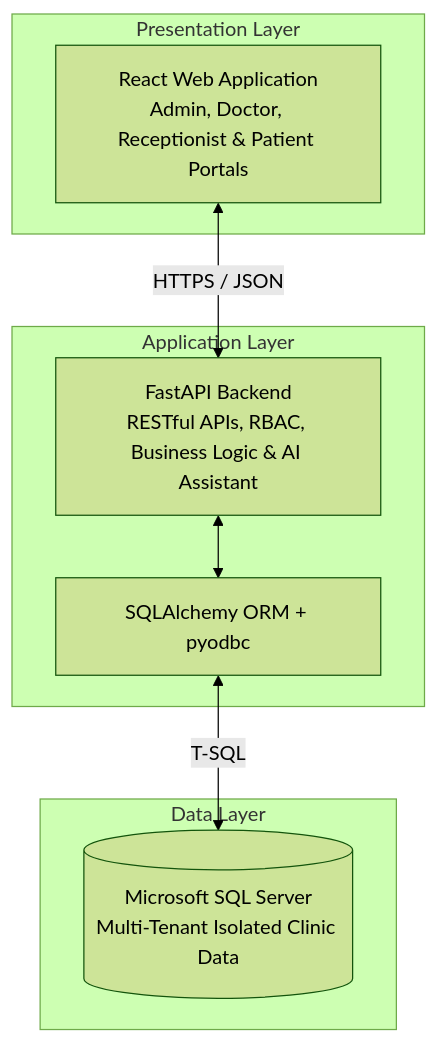
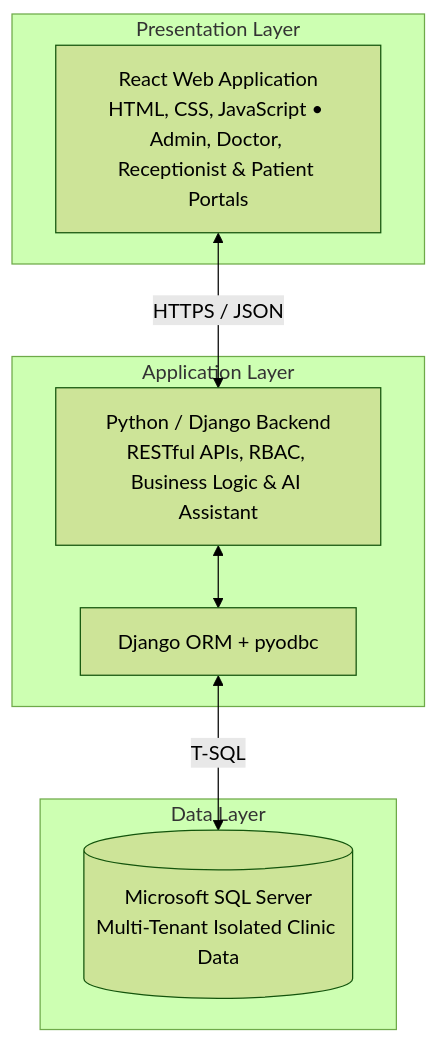
Before and after one commit to mohamed-galal-contact/clinova-project: the diagram in README.md, drawn with Mermaid (forest theme). The commit also changed other lines of this file, not shown here.

````diff
--- a/README.md
+++ b/README.md
@@ -97,19 +96,19 @@
 ```mermaid
 graph TD
     subgraph Presentation Layer
-        UI[React Web Application<br/>Admin, Doctor, Receptionist & Patient Portals]
+        UI[React Web Application<br/>HTML, CSS, JavaScript • Admin, Doctor, Receptionist & Patient Portals]
     end
 
     subgraph Application Layer
-        API[FastAPI Backend<br/>RESTful APIs, RBAC, Business Logic & AI Assistant]
-        ORM[SQLAlchemy ORM + pyodbc]
+        API[Python / Django Backend<br/>RESTful APIs, RBAC, Business Logic & AI Assistant]
+        ORM[Django ORM + pyodbc]
     end
 
     subgraph Data Layer
         DB[(Microsoft SQL Server<br/>Multi-Tenant Isolated Clinic Data)]
     end
 
     UI <-->|HTTPS / JSON| API
     API <--> ORM
     ORM <-->|T-SQL| DB
 ```
````
